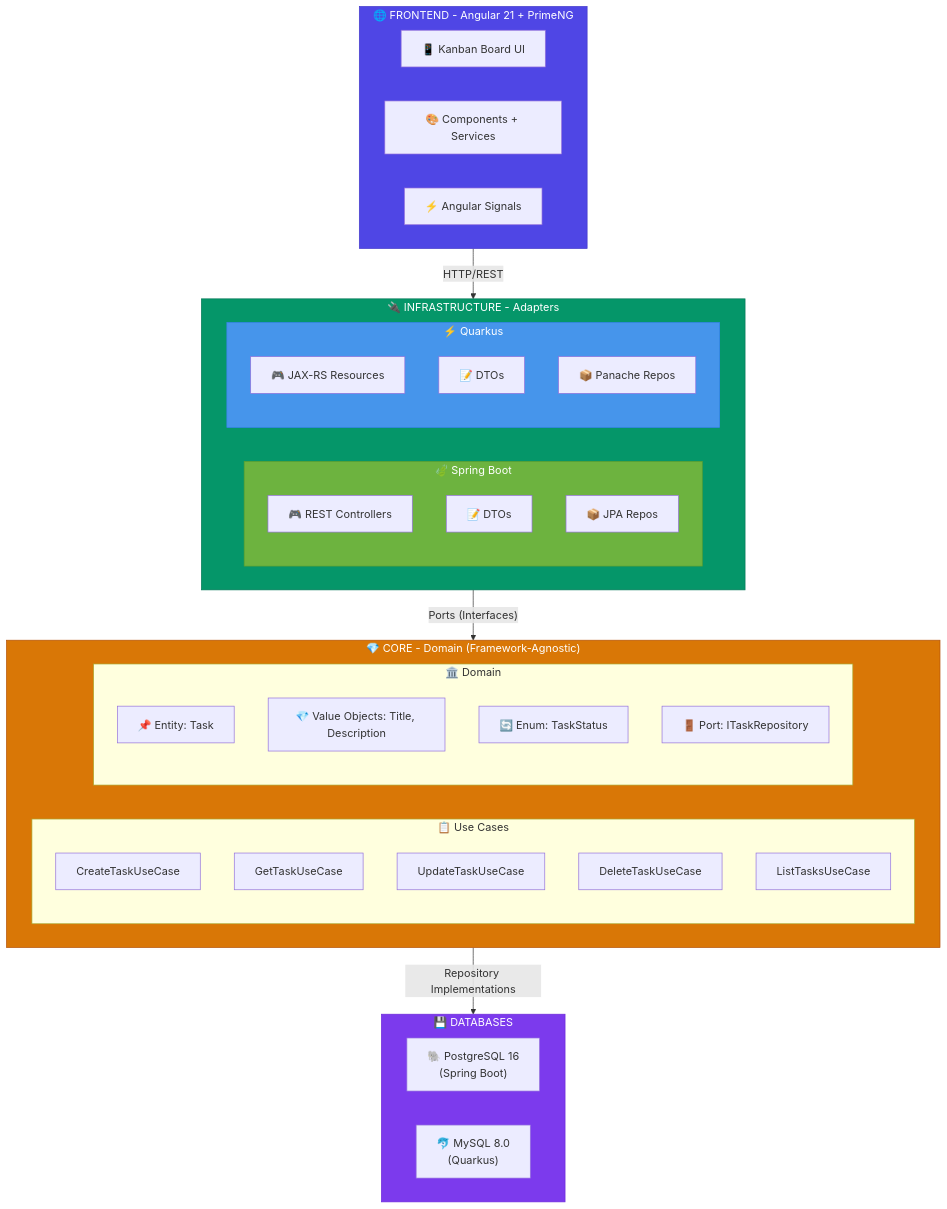
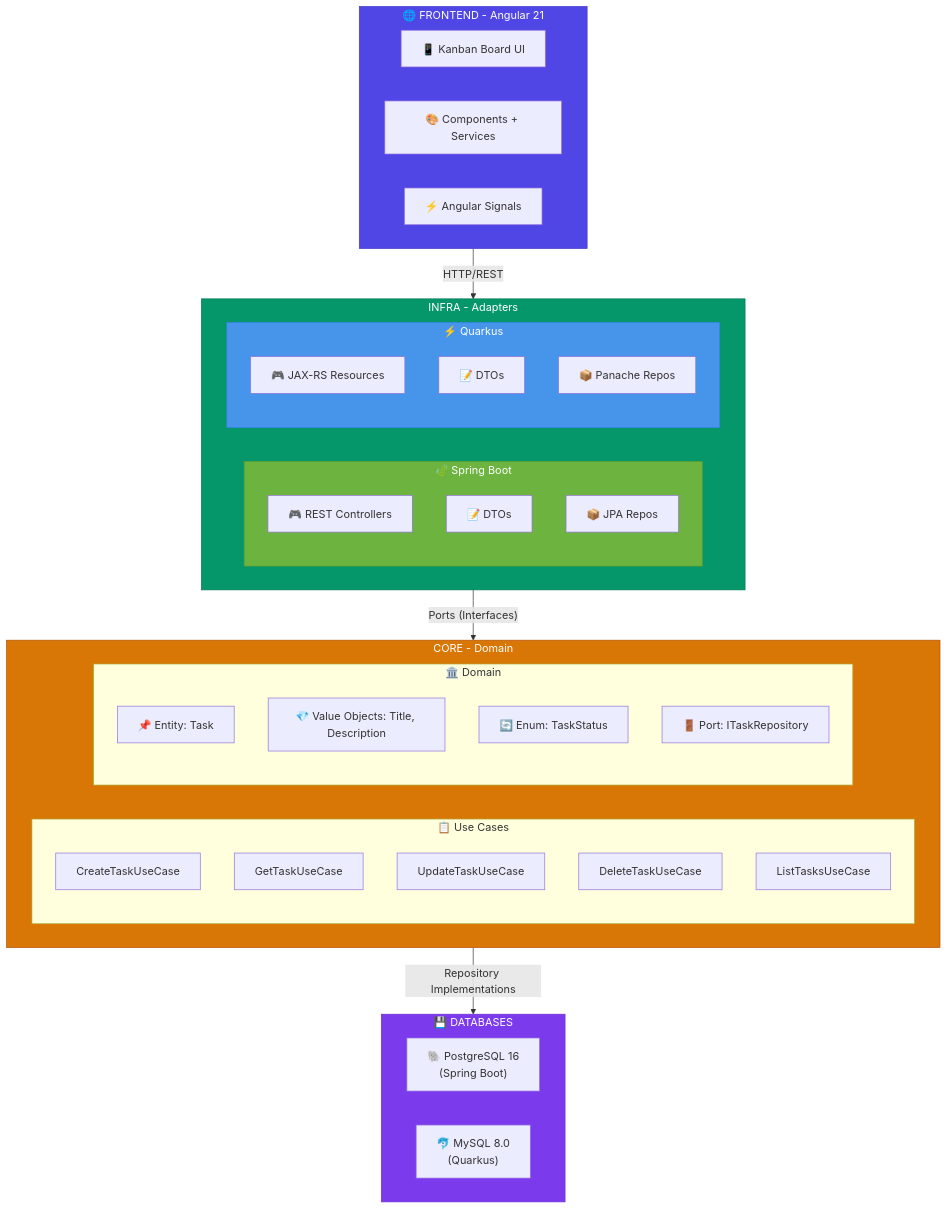
The first of 6 diagrams in README.md (victordemello/to-do-app-clean-architecture), drawn with Mermaid before and after one commit. The commit also changed other lines of this file, not shown here.

Commit message:
Simplify subgraph labels in README.md

````diff
--- a/README.md
+++ b/README.md
@@ -152,57 +152,57 @@
 ```mermaid
 flowchart TB
-    subgraph FRONTEND["🌐 FRONTEND - Angular 21 + PrimeNG"]
+    subgraph FRONTEND["🌐 FRONTEND - Angular 21"]
         direction LR
         UI["📱 Kanban Board UI"]
         COMP["🎨 Components + Services"]
         SIG["⚡ Angular Signals"]
     end
 
-    subgraph INFRA["🔌 INFRASTRUCTURE - Adapters"]
+    subgraph INFRA["INFRA - Adapters"]
         direction LR
         subgraph SPRING["🍃 Spring Boot"]
             SC["🎮 REST Controllers"]
             SD["📝 DTOs"]
             SR["📦 JPA Repos"]
         end
         subgraph QUARKUS["⚡ Quarkus"]
             QR["🎮 JAX-RS Resources"]
             QD["📝 DTOs"]
             QP["📦 Panache Repos"]
         end
     end
 
-    subgraph CORE["💎 CORE - Domain (Framework-Agnostic)"]
+    subgraph CORE["CORE - Domain"]
         direction LR
         subgraph USECASES["📋 Use Cases"]
             UC1["CreateTaskUseCase"]
             UC2["GetTaskUseCase"]
             UC3["UpdateTaskUseCase"]
             UC4["DeleteTaskUseCase"]
             UC5["ListTasksUseCase"]
         end
         subgraph DOMAIN["🏛️ Domain"]
             ENT["📌 Entity: Task"]
             VO["💎 Value Objects: Title, Description"]
             ENUM["🔄 Enum: TaskStatus"]
             PORT["🚪 Port: ITaskRepository"]
         end
     end
 
     subgraph DB["💾 DATABASES"]
         direction LR
         PG["🐘 PostgreSQL 16<br/>(Spring Boot)"]
         MY["🐬 MySQL 8.0<br/>(Quarkus)"]
     end
 
     FRONTEND -->|"HTTP/REST"| INFRA
     INFRA -->|"Ports (Interfaces)"| CORE
     CORE -->|"Repository Implementations"| DB
 
     style FRONTEND fill:#4f46e5,stroke:#4338ca,color:#fff
     style INFRA fill:#059669,stroke:#047857,color:#fff
     style CORE fill:#d97706,stroke:#b45309,color:#fff
     style DB fill:#7c3aed,stroke:#6d28d9,color:#fff
     style SPRING fill:#6db33f,stroke:#5a9e2f,color:#fff
     style QUARKUS fill:#4695eb,stroke:#3b82f6,color:#fff
 ```
````
